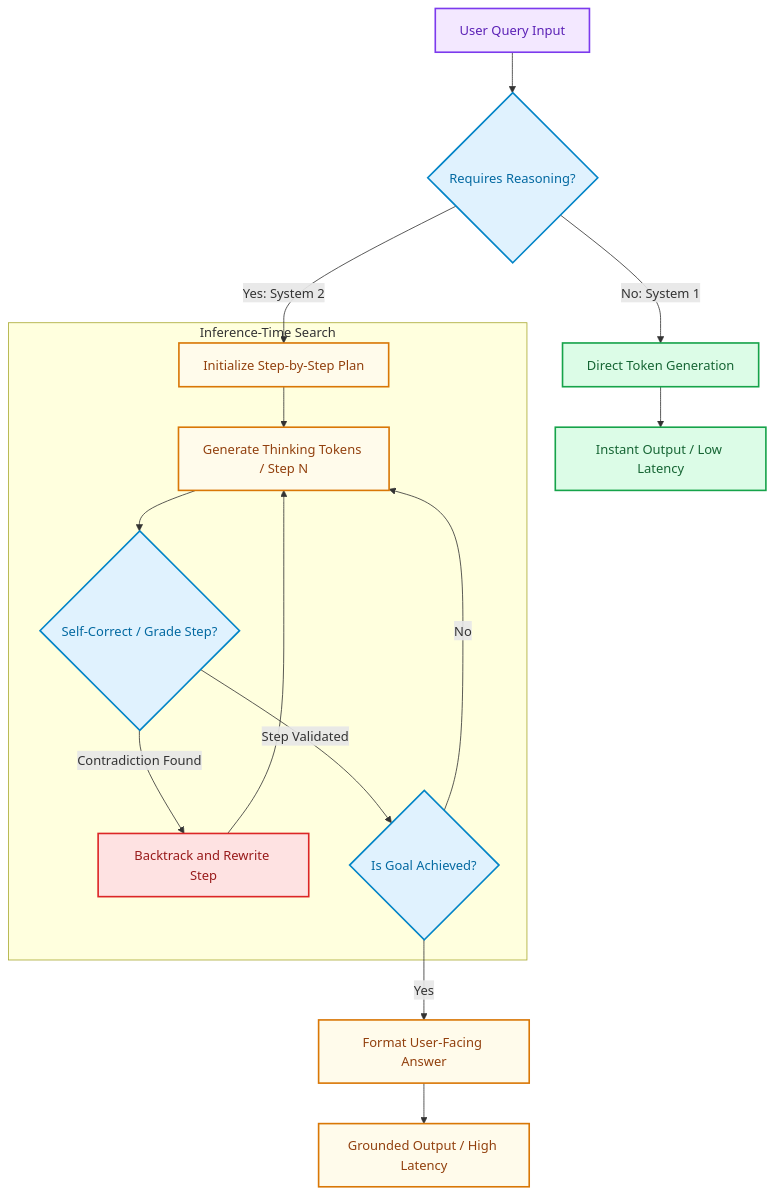
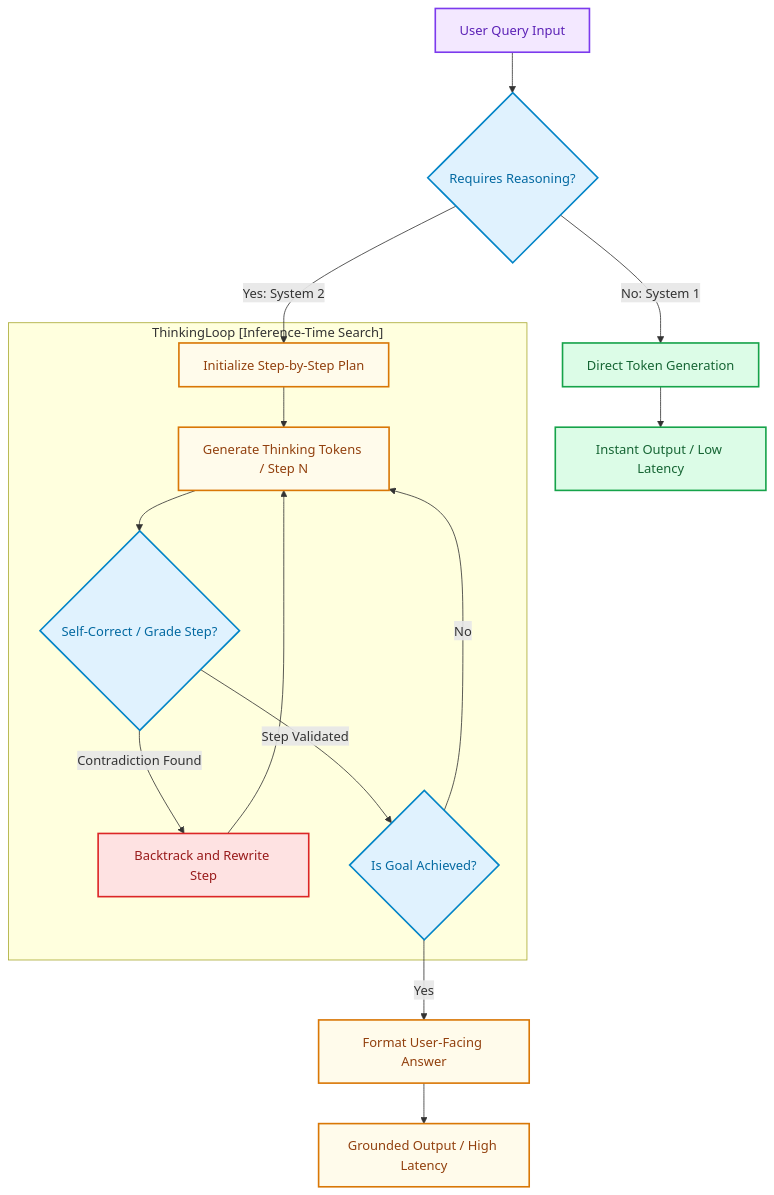
The diagram in blog/posts/system1-vs-system2-token-economics.md (akmalkhaniub/akmalkhaniub.github.io), drawn with Mermaid before and after one commit. The commit also changed 600 other files, not shown here.

Commit message:
fix(blog): resolve Mermaid v10 syntax errors across Figure 1 and publication subgraphs

````diff
--- a/blog/posts/system1-vs-system2-token-economics.md
+++ b/blog/posts/system1-vs-system2-token-economics.md
@@ -24,33 +24,33 @@
 ```mermaid
 graph TD
     classDef start fill:#f3e8ff,stroke:#7c3aed,stroke-width:2px,color:#5b21b6;
     classDef check fill:#e0f2fe,stroke:#0284c7,stroke-width:2px,color:#0369a1;
     classDef system1 fill:#dcfce7,stroke:#16a34a,stroke-width:2px,color:#166534;
     classDef system2 fill:#fffbeb,stroke:#d97706,stroke-width:2px,color:#92400e;
     classDef error fill:#fee2e2,stroke:#dc2626,stroke-width:2px,color:#991b1b;
 
     Input[User Query Input] --> ModeCheck{Requires Reasoning?}
     
     ModeCheck -->|No: System 1| DirectGen[Direct Token Generation]
     ModeCheck -->|Yes: System 2| InitPlan[Initialize Step-by-Step Plan]
     
-    subgraph ThinkingLoop [Inference-Time Search]
+    subgraph SG1_ThinkingloopInferenceTime ["ThinkingLoop [Inference-Time Search]"]
         InitPlan --> RunStep[Generate Thinking Tokens / Step N]
         RunStep --> EvalStep{Self-Correct / Grade Step?}
         EvalStep -->|Contradiction Found| Backtrack[Backtrack and Rewrite Step]
         Backtrack --> RunStep
         EvalStep -->|Step Validated| NextStep{Is Goal Achieved?}
         NextStep -->|No| RunStep
     end
     
     NextStep -->|Yes| FormatOut[Format User-Facing Answer]
     
     DirectGen --> Return1[Instant Output / Low Latency]
     FormatOut --> Return2[Grounded Output / High Latency]
 
     class Input start;
     class ModeCheck,EvalStep,NextStep check;
     class DirectGen,Return1 system1;
     class InitPlan,RunStep,FormatOut,Return2 system2;
     class Backtrack error;
 ```
````
